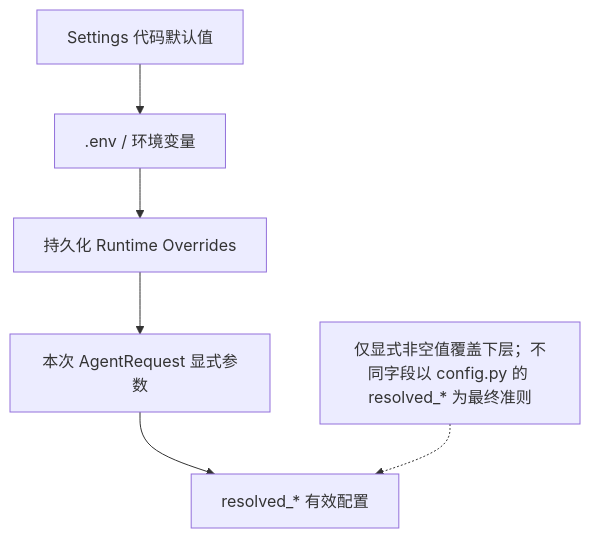
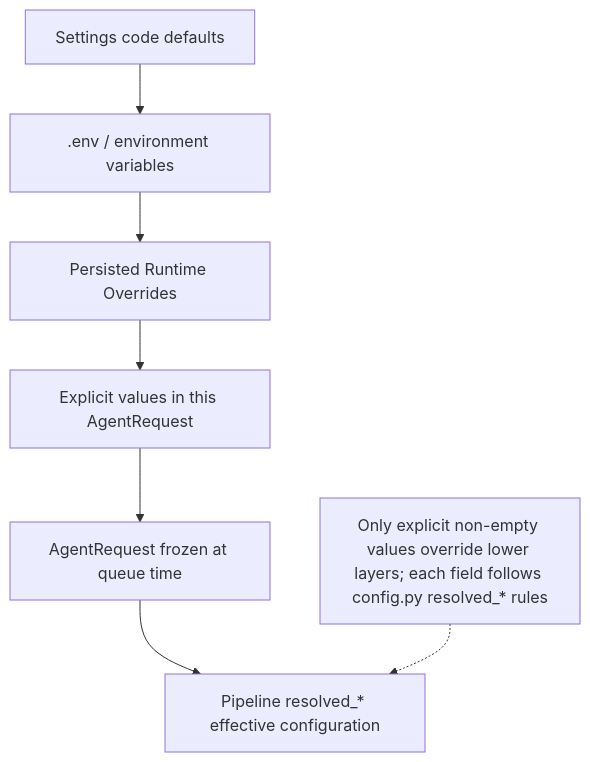
Before and after one commit to PeiXingXie/Raster2SVG-Demo: the fourth of 4 diagrams in architecture-summary/04-state-artifacts-and-config.md, drawn with Mermaid. The commit also changed other lines of this file and 14 other files, not shown here.

````diff
--- a/architecture-summary/04-state-artifacts-and-config.md
+++ b/architecture-summary/04-state-artifacts-and-config.md
@@ -141,9 +155,10 @@
 ```mermaid
 flowchart TD
-    Defaults["Settings 代码默认值"] --> Env[".env / 环境变量"]
-    Env --> Runtime["持久化 Runtime Overrides"]
-    Runtime --> Request["本次 AgentRequest 显式参数"]
-    Request --> Effective["resolved_* 有效配置"]
+    Defaults["Settings code defaults"] --> Env[".env / environment variables"]
+    Env --> Runtime["Persisted Runtime Overrides"]
+    Runtime --> Request["Explicit values in this AgentRequest"]
+    Request --> Frozen["AgentRequest frozen at queue time"]
+    Frozen --> Effective["Pipeline resolved_* effective configuration"]
 
-    Note["仅显式非空值覆盖下层；不同字段以 config.py 的 resolved_* 为最终准则"] -.-> Effective
+    Note["Only explicit non-empty values override lower layers; each field follows config.py resolved_* rules"] -.-> Effective
 ```
````
